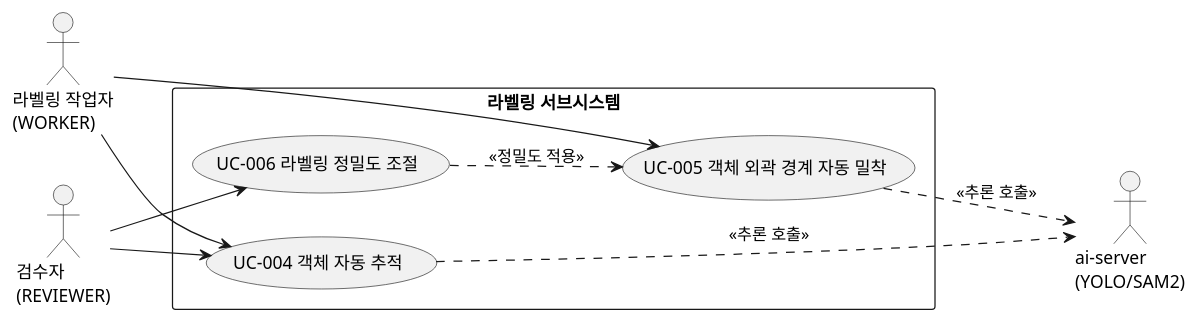
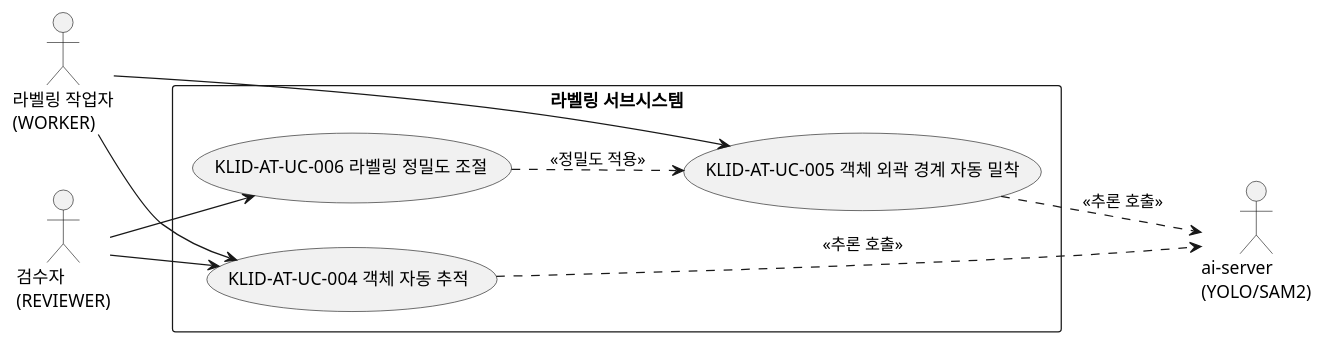
The second of 5 diagrams in docs/design/R2-유스케이스명세서.md (New-stella/klid-label), drawn with PlantUML before and after one commit. The commit also changed other lines of this file and 17 other files, not shown here.

````diff
--- a/docs/design/R2-유스케이스명세서.md
+++ b/docs/design/R2-유스케이스명세서.md
@@ -74,22 +74,22 @@
 ```plantuml
 @startuml
 left to right direction
 actor "라벨링 작업자\n(WORKER)" as WORKER
 actor "검수자\n(REVIEWER)" as REVIEWER
 actor "ai-server\n(YOLO/SAM2)" as AI
 
 rectangle "라벨링 서브시스템" {
-  usecase "UC-004 객체 자동 추적" as UC004
-  usecase "UC-005 객체 외곽 경계 자동 밀착" as UC005
-  usecase "UC-006 라벨링 정밀도 조절" as UC006
+  usecase "KLID-AT-UC-004 객체 자동 추적" as UC004
+  usecase "KLID-AT-UC-005 객체 외곽 경계 자동 밀착" as UC005
+  usecase "KLID-AT-UC-006 라벨링 정밀도 조절" as UC006
 }
 
 WORKER --> UC004
 WORKER --> UC005
 REVIEWER --> UC004
 REVIEWER --> UC006
 UC004 ..> AI : <<추론 호출>>
 UC005 ..> AI : <<추론 호출>>
 UC006 ..> UC005 : <<정밀도 적용>>
 @enduml
 ```
````
